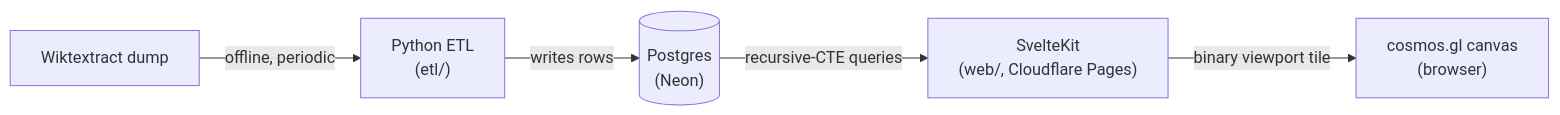
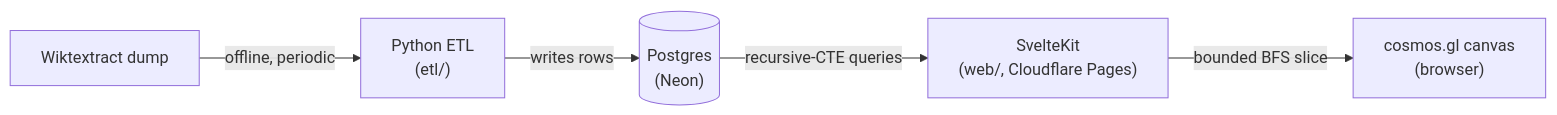
Before and after one commit to van-riper/etymyriad: the diagram in CLAUDE.md, drawn with Mermaid. The commit also changed other lines of this file and 18 other files, not shown here.

First line of the commit message:
refactor(web): retire /graph viewport tiling

````diff
--- a/CLAUDE.md
+++ b/CLAUDE.md
@@ -58,7 +58,7 @@
 ```mermaid
 flowchart LR
     dump["Wiktextract dump"] -->|offline, periodic| etl["Python ETL<br/>(etl/)"]
     etl -->|writes rows| db[("Postgres<br/>(Neon)")]
     db -->|recursive-CTE queries| web["SvelteKit<br/>(web/, Cloudflare Pages)"]
-    web -->|binary viewport tile| canvas["cosmos.gl canvas<br/>(browser)"]
+    web -->|bounded BFS slice| canvas["cosmos.gl canvas<br/>(browser)"]
 ```
````
